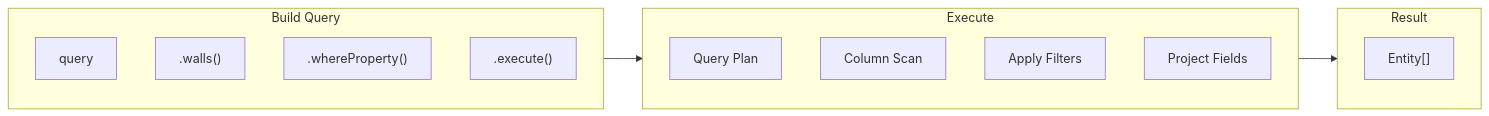
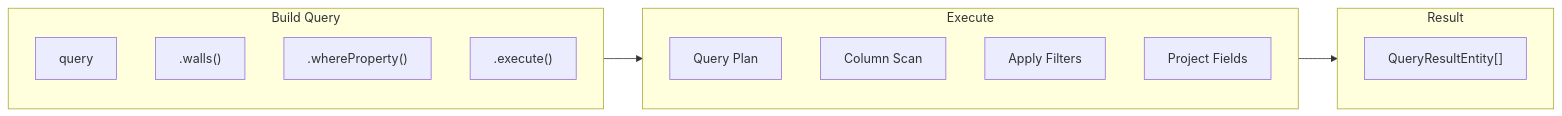
Before and after one commit to LTplus-AG/ifc-lite: diagram 12 of 16 in docs/architecture/data-flow.md, drawn with Mermaid. The commit also changed 1 other file, not shown here.

Commit message:
docs(architecture): fix the fluent query return type and the COPC benchmark prose

````diff
--- a/docs/architecture/data-flow.md
+++ b/docs/architecture/data-flow.md
@@ -318,22 +318,22 @@
 ```mermaid
 flowchart LR
     subgraph Build["Build Query"]
         Start["query"]
         Type[".walls()"]
         Filter[".whereProperty()"]
         Select[".execute()"]
     end
 
     subgraph Execute["Execute"]
         Plan["Query Plan"]
         Scan["Column Scan"]
         Filter2["Apply Filters"]
         Project["Project Fields"]
     end
 
     subgraph Result["Result"]
-        Array["Entity[]"]
+        Array["QueryResultEntity[]"]
     end
 
     Build --> Execute --> Result
 ```
````
